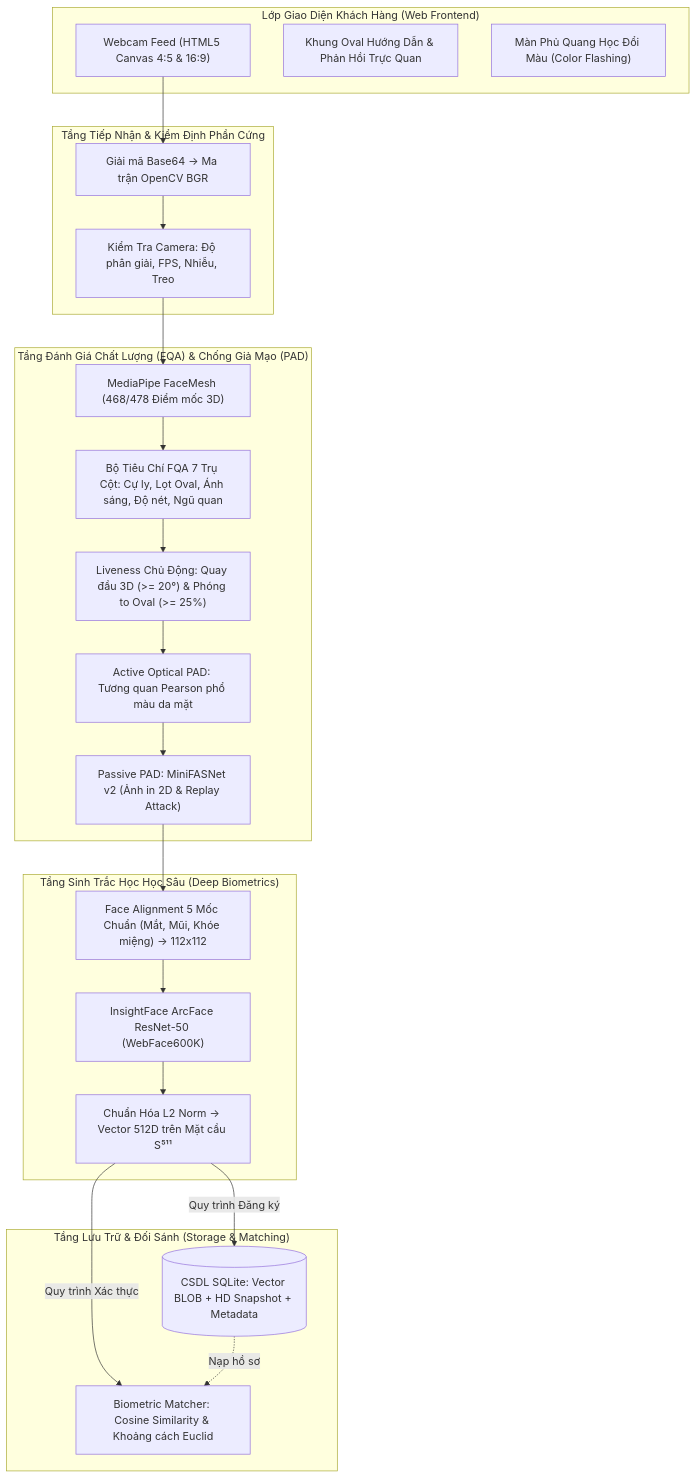
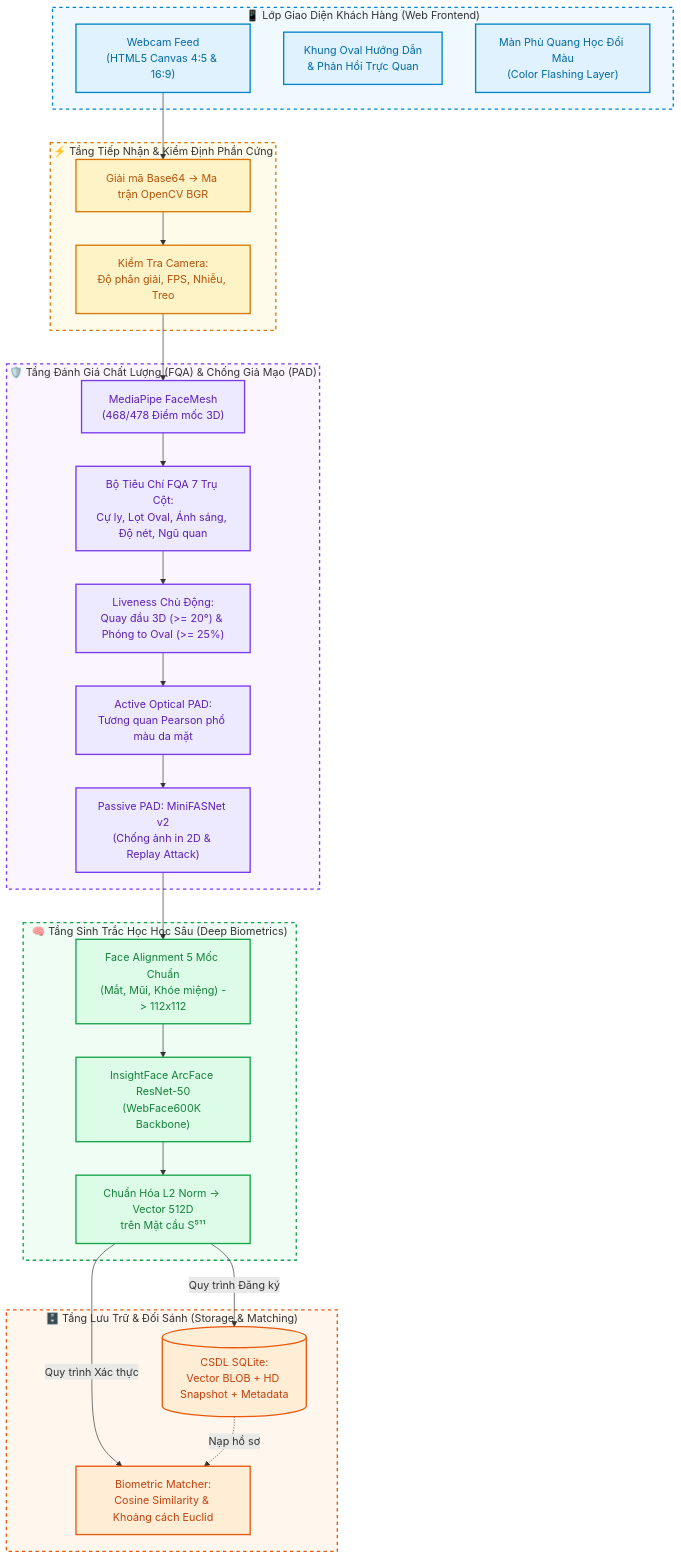
Before and after one commit to thinhtttht/ekyc_aitalab: the first of 3 diagrams in PIPELINE_EKYC_SYSTEM.md, drawn with Mermaid. The commit also changed other lines of this file and 1 other file, not shown here.

Commit message:
docs: add colorful visual pipeline diagram in markdown and standalone pipeline_visualizer.html dashboard

````diff
--- a/PIPELINE_EKYC_SYSTEM.md
+++ b/PIPELINE_EKYC_SYSTEM.md
@@ -9,41 +9,53 @@
 ```mermaid
 flowchart TD
-    subgraph CLIENT["Lớp Giao Diện Khách Hàng (Web Frontend)"]
-        UI_CAM["Webcam Feed (HTML5 Canvas 4:5 & 16:9)"]
-        UI_GUIDE["Khung Oval Hướng Dẫn & Phản Hồi Trực Quan"]
-        UI_FLASH["Màn Phủ Quang Học Đổi Màu (Color Flashing)"]
+    classDef clientStyle fill:#e0f2fe,stroke:#0284c7,stroke-width:2px,color:#0369a1;
+    classDef ingestStyle fill:#fef3c7,stroke:#d97706,stroke-width:2px,color:#b45309;
+    classDef fqaStyle fill:#ede9fe,stroke:#7c3aed,stroke-width:2px,color:#5b21b6;
+    classDef bioStyle fill:#dcfce7,stroke:#16a34a,stroke-width:2px,color:#15803d;
+    classDef storageStyle fill:#ffedd5,stroke:#ea580c,stroke-width:2px,color:#c2410c;
+
+    subgraph CLIENT["📱 Lớp Giao Diện Khách Hàng (Web Frontend)"]
+        UI_CAM["Webcam Feed<br/>(HTML5 Canvas 4:5 & 16:9)"]:::clientStyle
+        UI_GUIDE["Khung Oval Hướng Dẫn<br/>& Phản Hồi Trực Quan"]:::clientStyle
+        UI_FLASH["Màn Phủ Quang Học Đổi Màu<br/>(Color Flashing Layer)"]:::clientStyle
     end
 
-    subgraph INGESTION["Tầng Tiếp Nhận & Kiểm Định Phần Cứng"]
-        CAM_CHK["Kiểm Tra Camera: Độ phân giải, FPS, Nhiễu, Treo"]
-        DECODE["Giải mã Base64 -> Ma trận OpenCV BGR"]
+    subgraph INGESTION["⚡ Tầng Tiếp Nhận & Kiểm Định Phần Cứng"]
+        CAM_CHK["Kiểm Tra Camera:<br/>Độ phân giải, FPS, Nhiễu, Treo"]:::ingestStyle
+        DECODE["Giải mã Base64 -> Ma trận OpenCV BGR"]:::ingestStyle
     end
 
-    subgraph FQA_PAD["Tầng Đánh Giá Chất Lượng (FQA) & Chống Giả Mạo (PAD)"]
-        FACEMESH["MediaPipe FaceMesh (468/478 Điểm mốc 3D)"]
-        FQA["Bộ Tiêu Chí FQA 7 Trụ Cột: Cự ly, Lọt Oval, Ánh sáng, Độ nét, Ngũ quan"]
-        ACTIVE_LIV["Liveness Chủ Động: Quay đầu 3D (>= 20°) & Phóng to Oval (>= 25%)"]
-        FLASH_PAD["Active Optical PAD: Tương quan Pearson phổ màu da mặt"]
-        MINIFAS["Passive PAD: MiniFASNet v2 (Ảnh in 2D & Replay Attack)"]
+    subgraph FQA_PAD["🛡️ Tầng Đánh Giá Chất Lượng (FQA) & Chống Giả Mạo (PAD)"]
+        FACEMESH["MediaPipe FaceMesh<br/>(468/478 Điểm mốc 3D)"]:::fqaStyle
+        FQA["Bộ Tiêu Chí FQA 7 Trụ Cột:<br/>Cự ly, Lọt Oval, Ánh sáng, Độ nét, Ngũ quan"]:::fqaStyle
+        ACTIVE_LIV["Liveness Chủ Động:<br/>Quay đầu 3D (>= 20°) & Phóng to Oval (>= 25%)"]:::fqaStyle
+        FLASH_PAD["Active Optical PAD:<br/>Tương quan Pearson phổ màu da mặt"]:::fqaStyle
+        MINIFAS["Passive PAD: MiniFASNet v2<br/>(Chống ảnh in 2D & Replay Attack)"]:::fqaStyle
     end
 
-    subgraph BIOMETRICS["Tầng Sinh Trắc Học Học Sâu (Deep Biometrics)"]
-        ALIGN["Face Alignment 5 Mốc Chuẩn (Mắt, Mũi, Khóe miệng) -> 112x112"]
-        ARCFACE["InsightFace ArcFace ResNet-50 (WebFace600K)"]
-        L2NORM["Chuẩn Hóa L2 Norm -> Vector 512D trên Mặt cầu S⁵¹¹"]
+    subgraph BIOMETRICS["🧠 Tầng Sinh Trắc Học Học Sâu (Deep Biometrics)"]
+        ALIGN["Face Alignment 5 Mốc Chuẩn<br/>(Mắt, Mũi, Khóe miệng) -> 112x112"]:::bioStyle
+        ARCFACE["InsightFace ArcFace ResNet-50<br/>(WebFace600K Backbone)"]:::bioStyle
+        L2NORM["Chuẩn Hóa L2 Norm -> Vector 512D<br/>trên Mặt cầu S⁵¹¹"]:::bioStyle
     end
 
-    subgraph STORAGE_MATCH["Tầng Lưu Trữ & Đối Sánh (Storage & Matching)"]
-        SQLITE[("CSDL SQLite: Vector BLOB + HD Snapshot + Metadata")]
-        MATCH_ENGINE["Biometric Matcher: Cosine Similarity & Khoảng cách Euclid"]
+    subgraph STORAGE_MATCH["🗄️ Tầng Lưu Trữ & Đối Sánh (Storage & Matching)"]
+        SQLITE[("CSDL SQLite:<br/>Vector BLOB + HD Snapshot + Metadata")]:::storageStyle
+        MATCH_ENGINE["Biometric Matcher:<br/>Cosine Similarity & Khoảng cách Euclid"]:::storageStyle
     end
 
     UI_CAM --> DECODE --> CAM_CHK
     CAM_CHK --> FACEMESH
     FACEMESH --> FQA
     FQA --> ACTIVE_LIV --> FLASH_PAD --> MINIFAS
     MINIFAS --> ALIGN --> ARCFACE --> L2NORM
     L2NORM -->|Quy trình Đăng ký| SQLITE
     L2NORM -->|Quy trình Xác thực| MATCH_ENGINE
     SQLITE -.->|Nạp hồ sơ| MATCH_ENGINE
+
+    style CLIENT fill:#f0f9ff,stroke:#0284c7,stroke-width:2px,stroke-dasharray: 5 5;
+    style INGESTION fill:#fffbeb,stroke:#d97706,stroke-width:2px,stroke-dasharray: 5 5;
+    style FQA_PAD fill:#faf5ff,stroke:#7c3aed,stroke-width:2px,stroke-dasharray: 5 5;
+    style BIOMETRICS fill:#f0fdf4,stroke:#16a34a,stroke-width:2px,stroke-dasharray: 5 5;
+    style STORAGE_MATCH fill:#fff7ed,stroke:#ea580c,stroke-width:2px,stroke-dasharray: 5 5;
 ```
````
